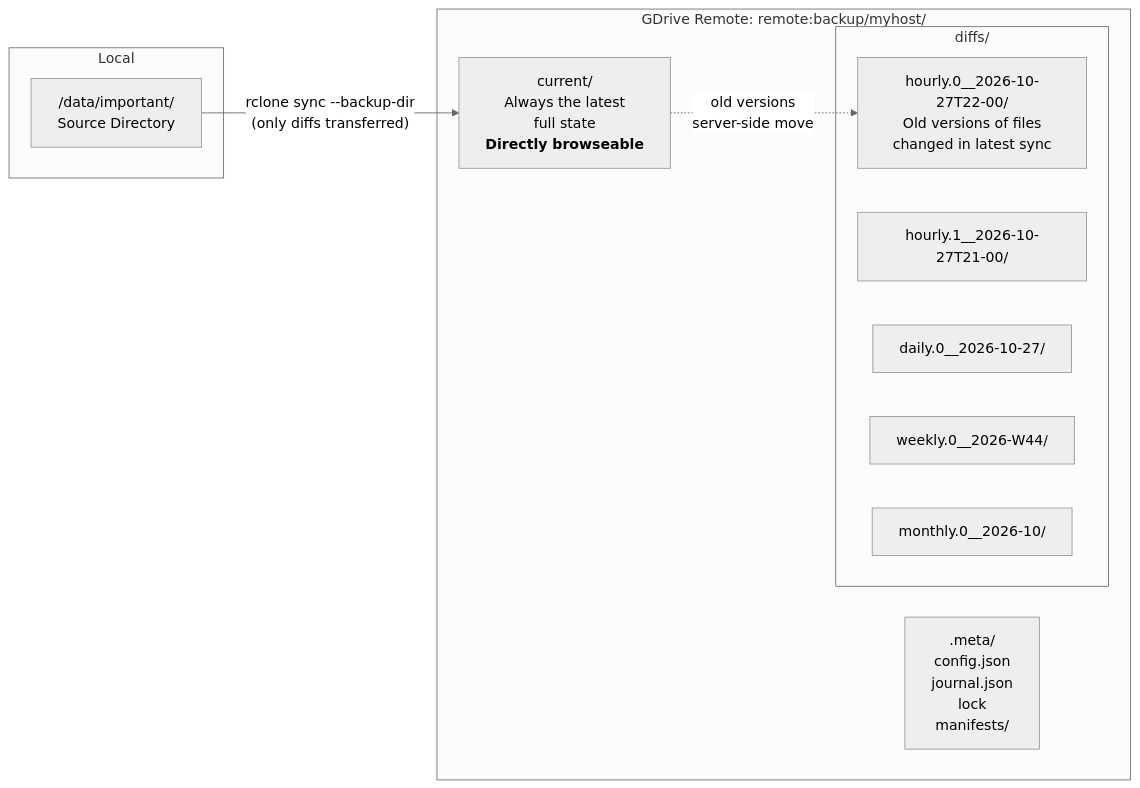
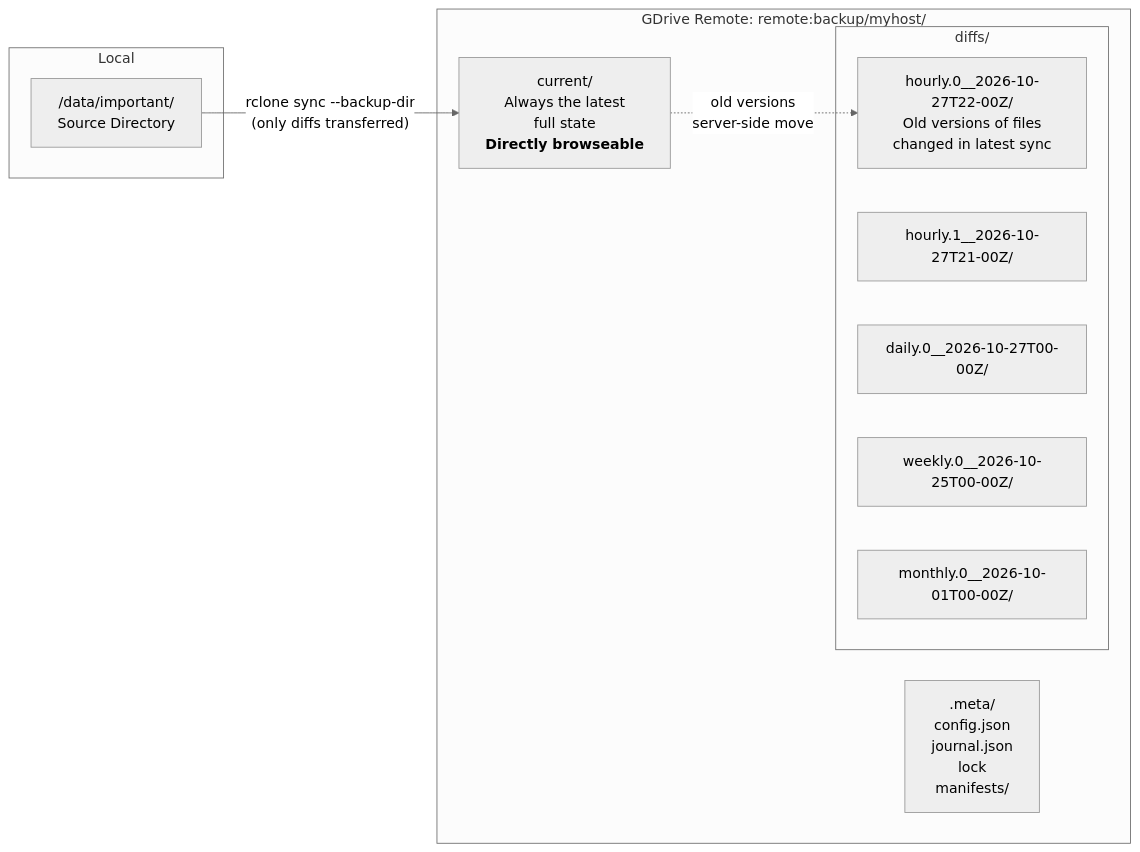
The first of 4 diagrams in docs/IMPLEMENTATION_PLAN.md (shabeer/incr_backup), drawn with Mermaid (neutral theme) before and after one commit. The commit also changed other lines of this file and 7 other files, not shown here.

````diff
--- a/docs/IMPLEMENTATION_PLAN.md
+++ b/docs/IMPLEMENTATION_PLAN.md
@@ -36,21 +36,21 @@
 ```mermaid
 flowchart LR
     subgraph "Local"
         SRC["/data/important/<br/>Source Directory"]
     end
 
     subgraph "GDrive Remote: remote:backup/myhost/"
         CUR["current/<br/>Always the latest<br/>full state<br/><b>Directly browseable</b>"]
         subgraph "diffs/"
-            D0["hourly.0__2026-10-27T22-00/<br/>Old versions of files<br/>changed in latest sync"]
-            D1["hourly.1__2026-10-27T21-00/"]
-            D2["daily.0__2026-10-27/"]
-            D3["weekly.0__2026-W44/"]
-            D4["monthly.0__2026-10/"]
+            D0["hourly.0__2026-10-27T22-00Z/<br/>Old versions of files<br/>changed in latest sync"]
+            D1["hourly.1__2026-10-27T21-00Z/"]
+            D2["daily.0__2026-10-27T00-00Z/"]
+            D3["weekly.0__2026-10-25T00-00Z/"]
+            D4["monthly.0__2026-10-01T00-00Z/"]
         end
         META[".meta/<br/>config.json<br/>journal.json<br/>lock<br/>manifests/"]
     end
 
     SRC -->|"rclone sync --backup-dir<br/>(only diffs transferred)"| CUR
     CUR -.->|"old versions<br/>server-side move"| D0
 ```
````
